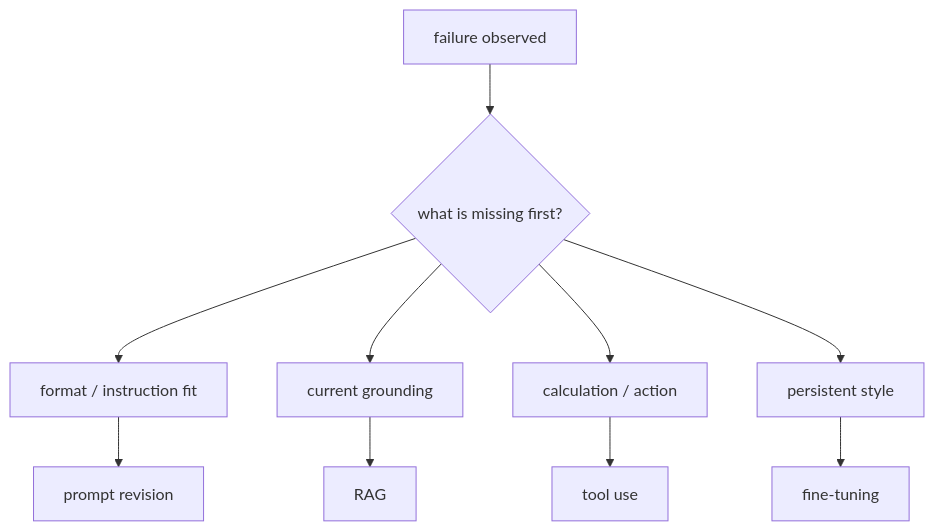
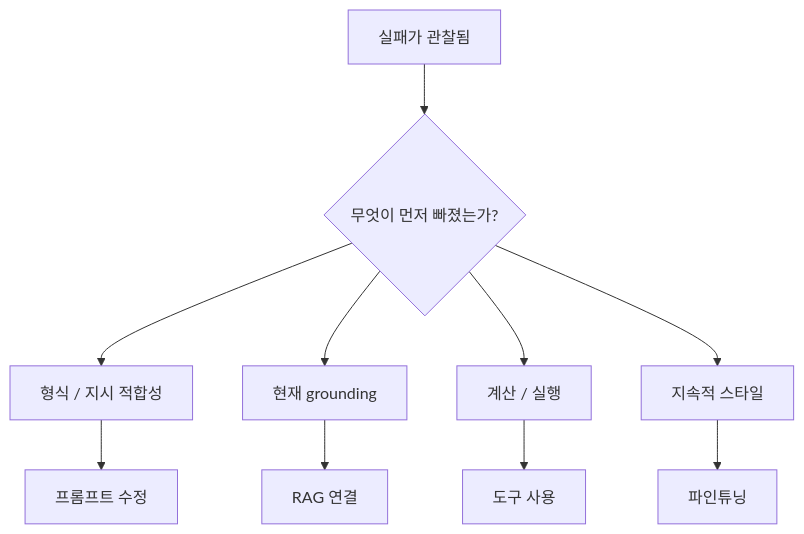
Before and after one commit to devchan64/AiBook: the diagram in docs/assets/part-06/chapter-08/p6-c08-s03-diagram-02-ko.mmd, drawn with Mermaid. The commit also changed 139 other files, not shown here.

Commit message:
part6: expand beginner examples and diagram updates

```diff
--- a/docs/assets/part-06/chapter-08/p6-c08-s03-diagram-02-ko.mmd
+++ b/docs/assets/part-06/chapter-08/p6-c08-s03-diagram-02-ko.mmd
@@ -1,15 +1,15 @@
 flowchart TD
-  A["failure observed"]
-  J{"what is missing first?"}
+  A["실패가 관찰됨"]
+  J{"무엇이 먼저 빠졌는가?"}
 
   A --> J
 
-  J --> B["format / instruction fit"]
-  J --> C["current grounding"]
-  J --> D["calculation / action"]
-  J --> E["persistent style"]
+  J --> B["형식 / 지시 적합성"]
+  J --> C["현재 grounding"]
+  J --> D["계산 / 실행"]
+  J --> E["지속적 스타일"]
 
-  B --> F["prompt revision"]
-  C --> G["RAG"]
-  D --> H["tool use"]
-  E --> I["fine-tuning"]
+  B --> F["프롬프트 수정"]
+  C --> G["RAG 연결"]
+  D --> H["도구 사용"]
+  E --> I["파인튜닝"]
```
